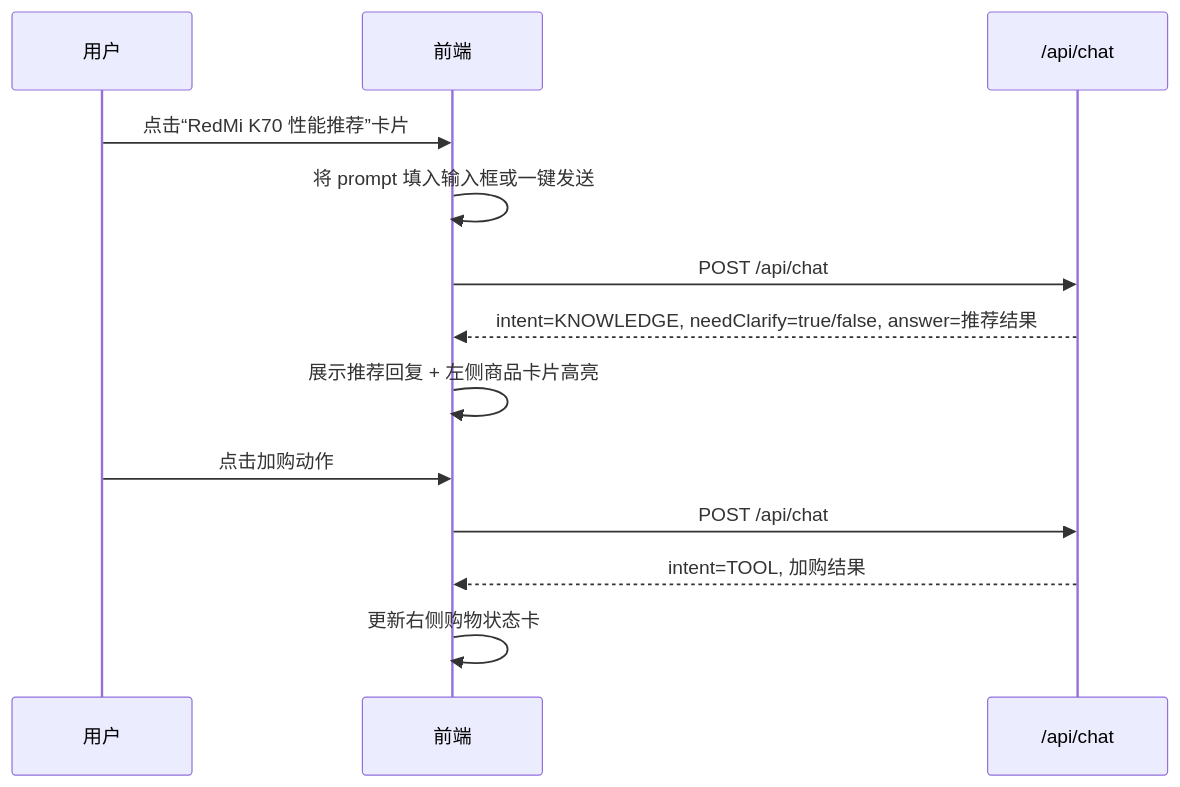
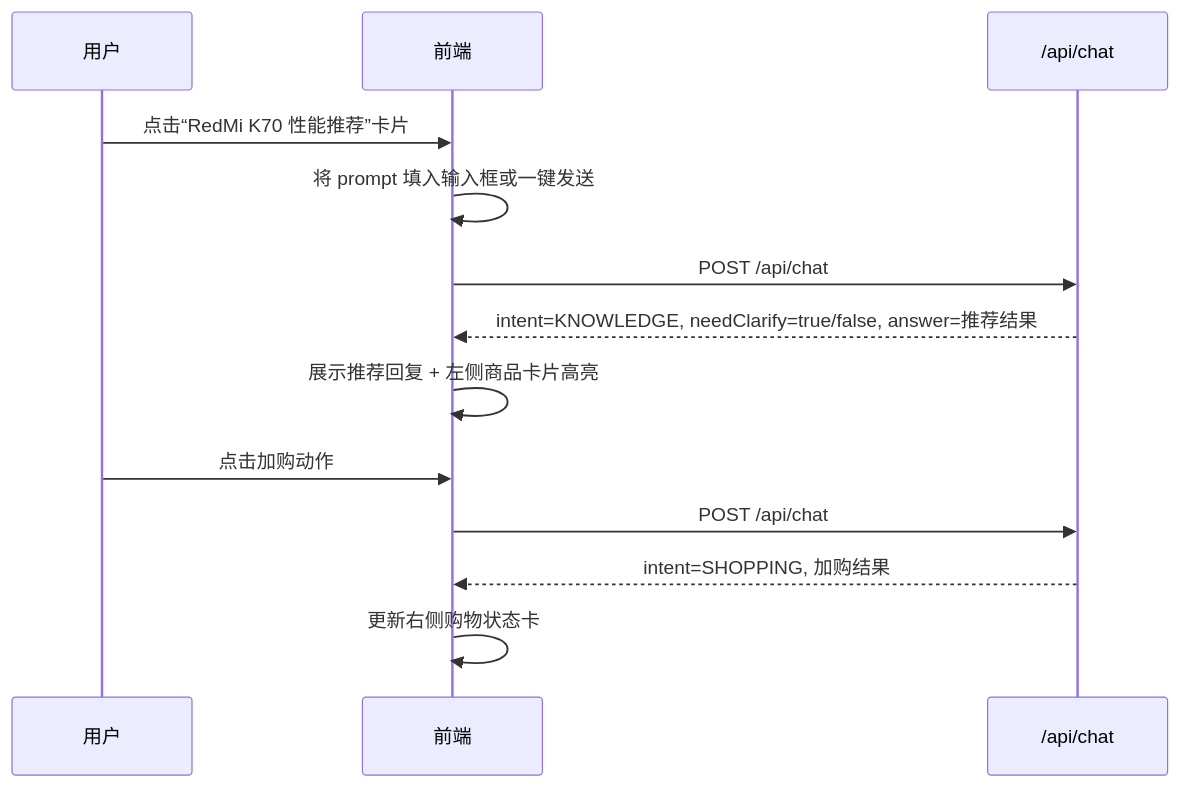
Before and after one commit to liyunyi-gif/Xiaomi-Shopping-Agent: the fourth of 4 diagrams in doc/前端UIUX设计文档.md, drawn with Mermaid. The commit also changed other lines of this file and 19 other files, not shown here.

````diff
--- a/doc/前端UIUX设计文档.md
+++ b/doc/前端UIUX设计文档.md
@@ -518,16 +521,16 @@
 ```mermaid
 sequenceDiagram
     participant U as 用户
     participant F as 前端
     participant API as /api/chat
 
     U->>F: 点击“RedMi K70 性能推荐”卡片
     F->>F: 将 prompt 填入输入框或一键发送
     F->>API: POST /api/chat
     API-->>F: intent=KNOWLEDGE, needClarify=true/false, answer=推荐结果
     F->>F: 展示推荐回复 + 左侧商品卡片高亮
     U->>F: 点击加购动作
     F->>API: POST /api/chat
-    API-->>F: intent=TOOL, 加购结果
+    API-->>F: intent=SHOPPING, 加购结果
     F->>F: 更新右侧购物状态卡
 ```
````
